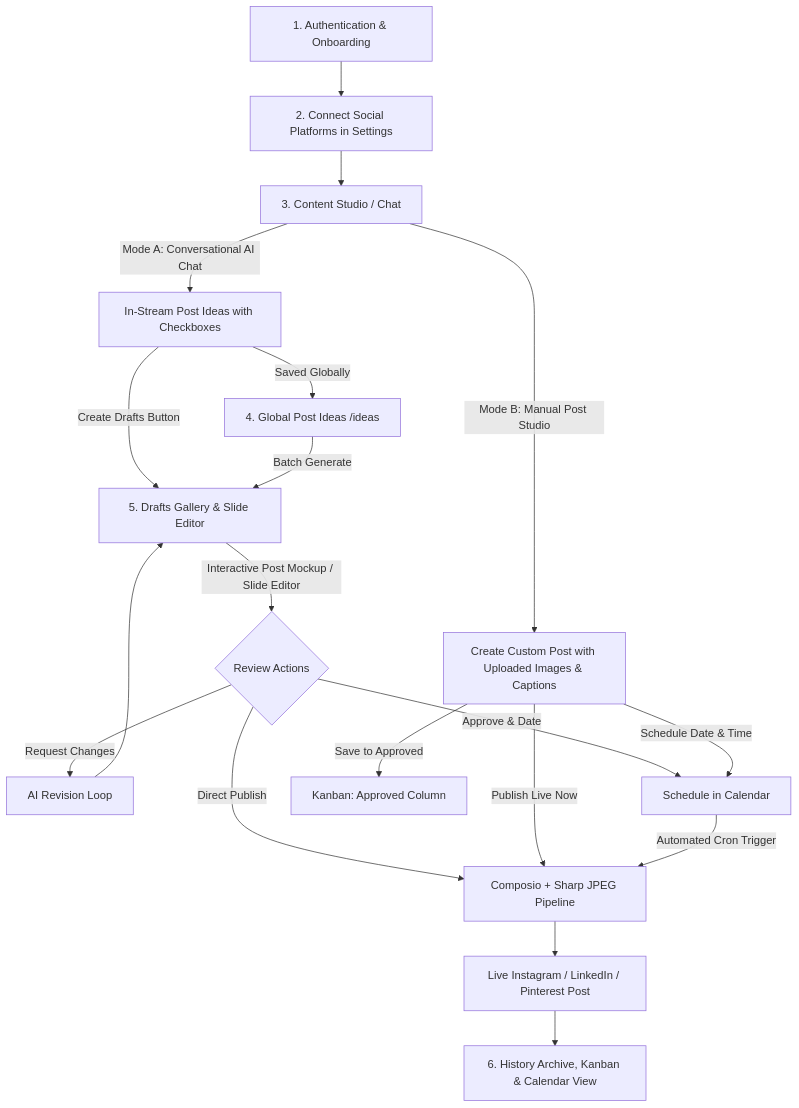
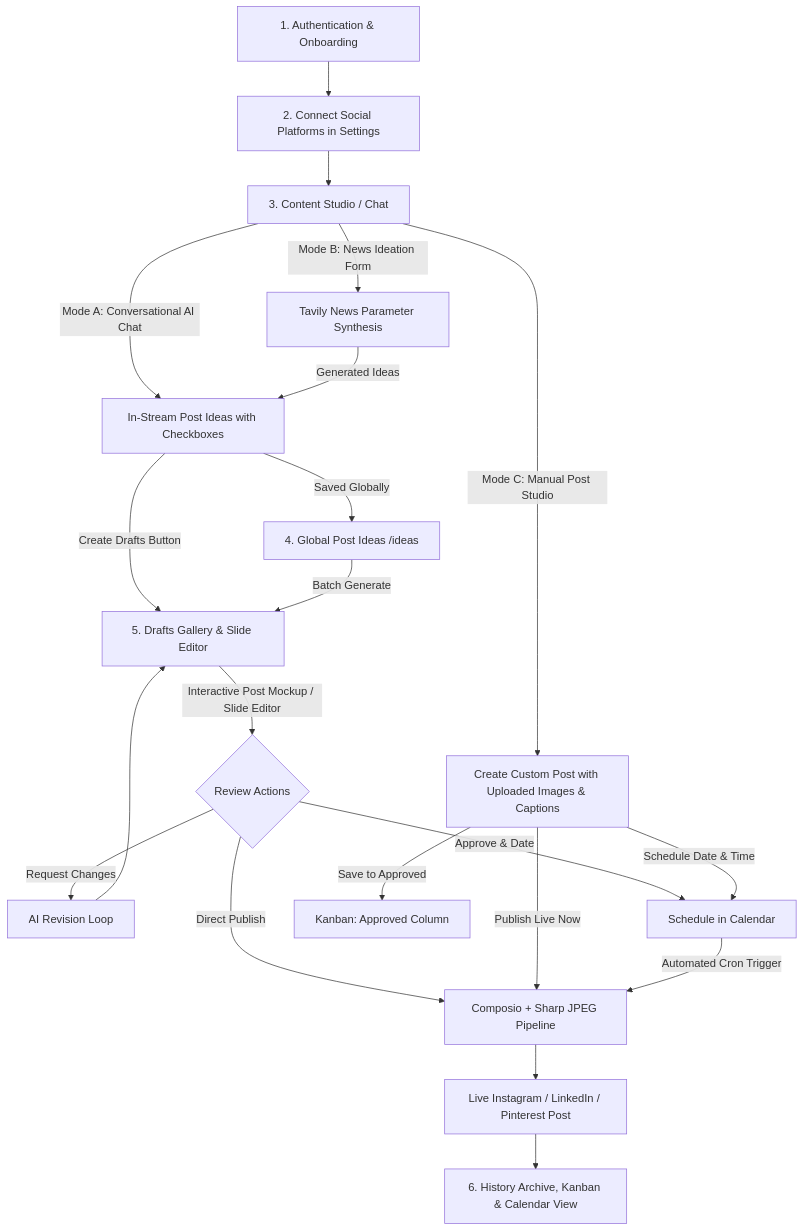
One commit to Nowonwards/Regardless changed the diagram in USER_WORKFLOW_GUIDE.md. Above: the diagram before and after it, drawn with Mermaid. The commit also changed other lines of this file and 2 other files, not shown here.

Commit message:
feat: add News Ideation Form as third studio mode on /chat

````diff
--- a/USER_WORKFLOW_GUIDE.md
+++ b/USER_WORKFLOW_GUIDE.md
@@ -11,21 +11,23 @@
 ```mermaid
 graph TD
     A[1. Authentication & Onboarding] --> B[2. Connect Social Platforms in Settings]
     B --> C[3. Content Studio / Chat]
     C -->|Mode A: Conversational AI Chat| D[In-Stream Post Ideas with Checkboxes]
+    C -->|Mode B: News Ideation Form| D3[Tavily News Parameter Synthesis]
+    D3 -->|Generated Ideas| D
     D -->|Create Drafts Button| E[5. Drafts Gallery & Slide Editor]
     D -->|Saved Globally| D2[4. Global Post Ideas /ideas]
     D2 -->|Batch Generate| E
     E -->|Interactive Post Mockup / Slide Editor| F{Review Actions}
     F -->|Request Changes| G[AI Revision Loop]
     G --> E
     F -->|Approve & Date| H[Schedule in Calendar]
     F -->|Direct Publish| I[Composio + Sharp JPEG Pipeline]
-    C -->|Mode B: Manual Post Studio| M[Create Custom Post with Uploaded Images & Captions]
+    C -->|Mode C: Manual Post Studio| M[Create Custom Post with Uploaded Images & Captions]
     M -->|Save to Approved| N[Kanban: Approved Column]
     M -->|Schedule Date & Time| H
     M -->|Publish Live Now| I
     H -->|Automated Cron Trigger| I
     I --> J[Live Instagram / LinkedIn / Pinterest Post]
     J --> K[6. History Archive, Kanban & Calendar View]
 ```
````
